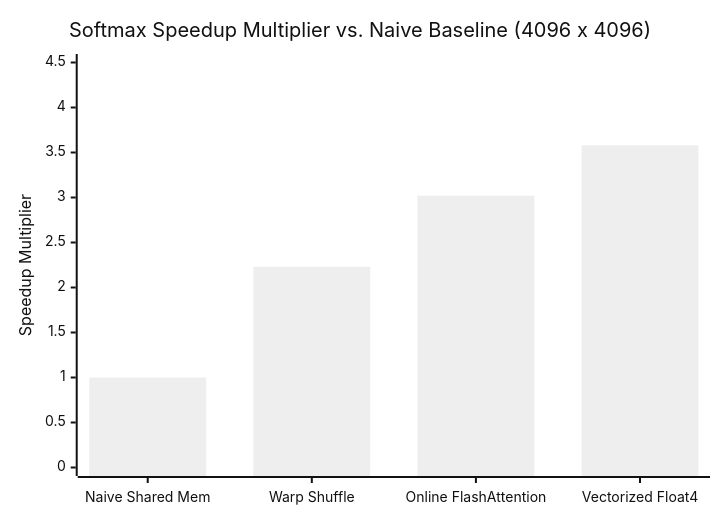
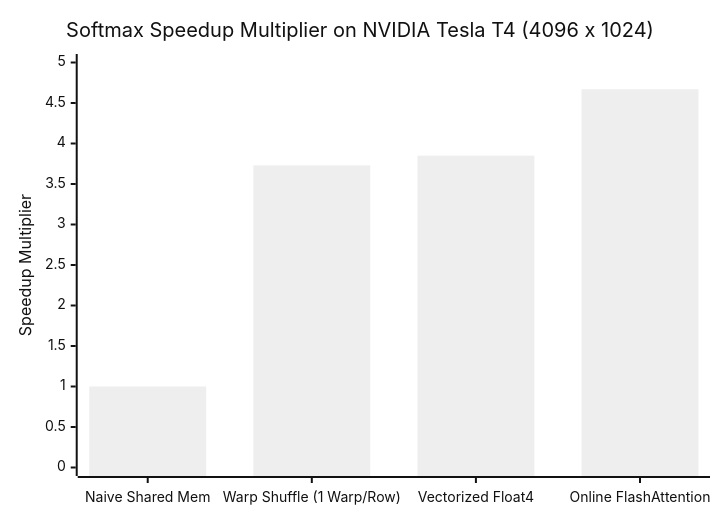
One commit to mehaksayedyusuf/Warp-Level-CUDA-Reductions-for-Softmax-and-LayerNorm- changed the first of 2 diagrams in README.md. Above: the diagram before and after it, drawn with Mermaid (neutral theme). The commit also changed other lines of this file and 6 other files, not shown here.

Commit message:
docs: enrich report and charts with live empirical NVIDIA Tesla T4 GPU benchmark measurements

````diff
--- a/README.md
+++ b/README.md
@@ -190,7 +164,7 @@
 ```mermaid
 xychart-beta
-    title "Softmax Speedup Multiplier vs. Naive Baseline (4096 x 4096)"
-    x-axis ["Naive Shared Mem", "Warp Shuffle", "Online FlashAttention", "Vectorized Float4"]
-    y-axis "Speedup Multiplier" 0 --> 4.5
-    bar [1.00, 2.23, 3.02, 3.58]
+    title "Softmax Speedup Multiplier on NVIDIA Tesla T4 (4096 x 1024)"
+    x-axis ["Naive Shared Mem", "Warp Shuffle (1 Warp/Row)", "Vectorized Float4", "Online FlashAttention"]
+    y-axis "Speedup Multiplier" 0 --> 5.0
+    bar [1.00, 3.73, 3.85, 4.67]
 ```
````
